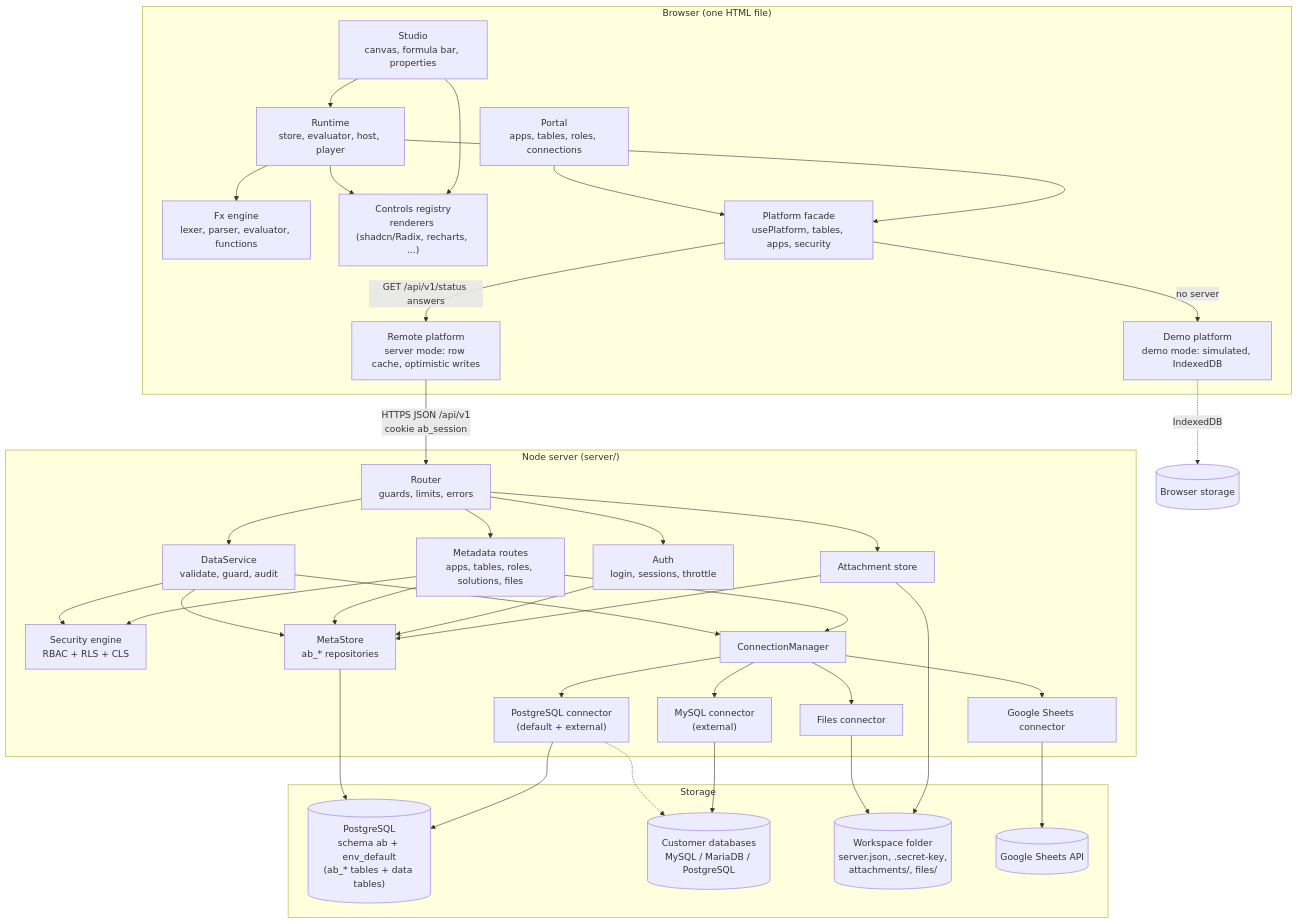
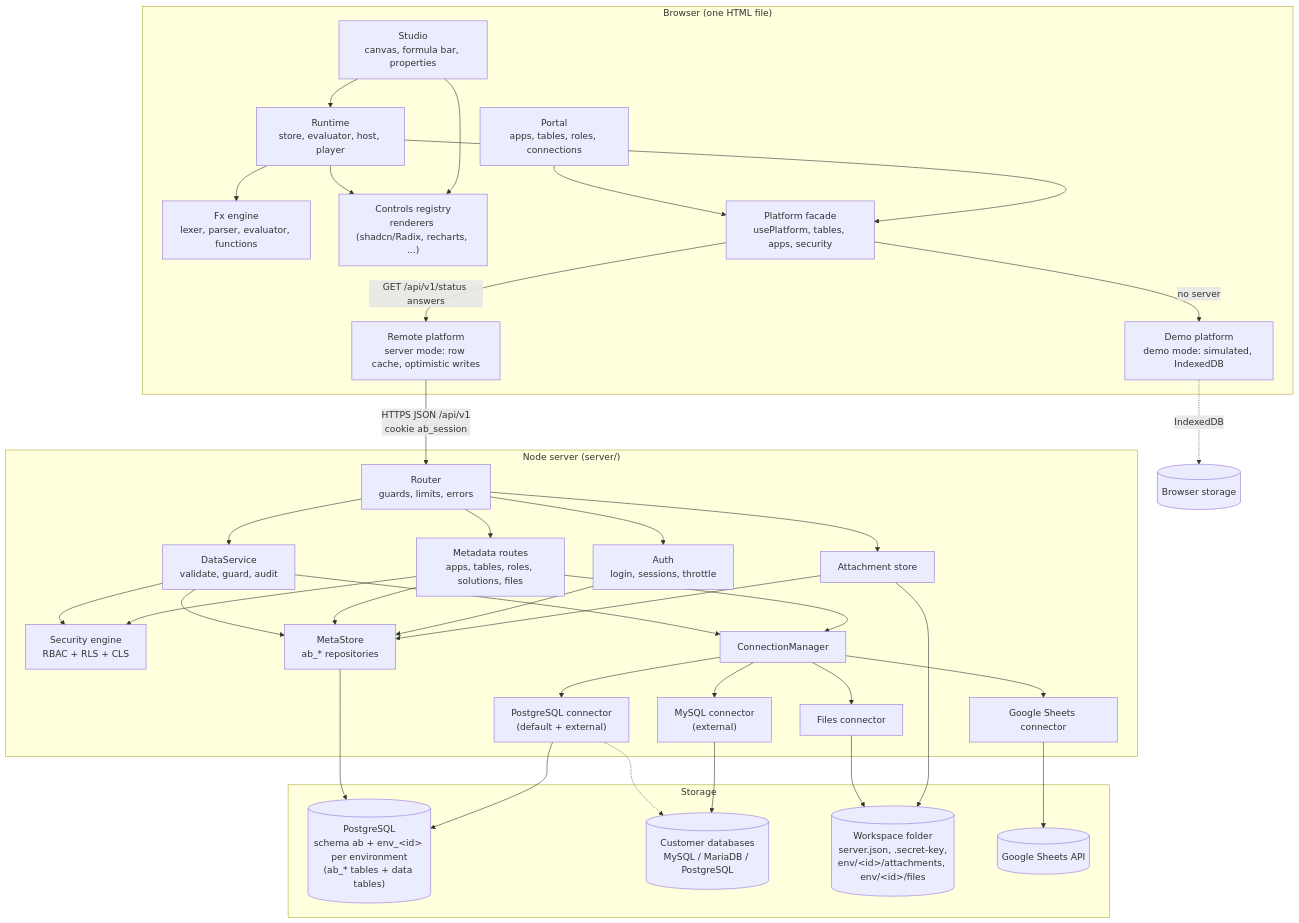
One commit to kameshji/Appbuilder-Demo changed the diagram in docs/dev/architecture.md. Above: the diagram before and after it, drawn with Mermaid. The commit also changed other lines of this file and 128 other files, not shown here.

````diff
--- a/docs/dev/architecture.md
+++ b/docs/dev/architecture.md
@@ -22,69 +22,69 @@
 ```mermaid
 flowchart TB
   subgraph Browser["Browser (one HTML file)"]
     Portal["Portal<br/>apps, tables, roles, connections"]
     Studio["Studio<br/>canvas, formula bar, properties"]
     Runtime["Runtime<br/>store, evaluator, host, player"]
     Fx["Fx engine<br/>lexer, parser, evaluator, functions"]
     Controls["Controls registry<br/>renderers (shadcn/Radix, recharts, ...)"]
     Facade["Platform facade<br/>usePlatform, tables, apps, security"]
     Remote["Remote platform<br/>server mode: row cache, optimistic writes"]
     Demo["Demo platform<br/>demo mode: simulated, IndexedDB"]
     Portal --> Facade
     Studio --> Runtime
     Runtime --> Fx
     Runtime --> Controls
     Runtime --> Facade
     Studio --> Controls
     Facade -->|"GET /api/v1/status answers"| Remote
     Facade -->|"no server"| Demo
   end
 
   subgraph Server["Node server (server/)"]
     Router["Router<br/>guards, limits, errors"]
     Auth["Auth<br/>login, sessions, throttle"]
     Sec["Security engine<br/>RBAC + RLS + CLS"]
     Data["DataService<br/>validate, guard, audit"]
     Meta["MetaStore<br/>ab_* repositories"]
     Conn["ConnectionManager"]
     PGc["PostgreSQL connector<br/>(default + external)"]
     MySQLc["MySQL connector<br/>(external)"]
     Filesc["Files connector"]
     Gsc["Google Sheets connector"]
     Att["Attachment store"]
     Routes["Metadata routes<br/>apps, tables, roles, solutions, files"]
     Router --> Auth
     Router --> Data
     Router --> Routes
     Router --> Att
     Data --> Sec
     Data --> Conn
     Data --> Meta
     Routes --> Meta
     Routes --> Sec
     Routes --> Conn
     Auth --> Meta
     Conn --> PGc
     Conn --> MySQLc
     Conn --> Filesc
     Conn --> Gsc
     Att --> Meta
   end
 
   subgraph Storage["Storage"]
-    DB[("PostgreSQL<br/>schema ab + env_default<br/>(ab_* tables + data tables)")]
+    DB[("PostgreSQL<br/>schema ab + env_&lt;id&gt; per environment<br/>(ab_* tables + data tables)")]
     ExtDB[("Customer databases<br/>MySQL / MariaDB / PostgreSQL")]
-    WS[("Workspace folder<br/>server.json, .secret-key,<br/>attachments/, files/")]
+    WS[("Workspace folder<br/>server.json, .secret-key,<br/>env/&lt;id&gt;/attachments, env/&lt;id&gt;/files")]
     Google[("Google Sheets API")]
   end
 
   Remote -->|"HTTPS JSON /api/v1<br/>cookie ab_session"| Router
   Meta --> DB
   PGc --> DB
   PGc -.-> ExtDB
   MySQLc --> ExtDB
   Filesc --> WS
   Att --> WS
   Gsc --> Google
   Demo -.->|"IndexedDB"| BrowserStore[("Browser storage")]
 ```
````
